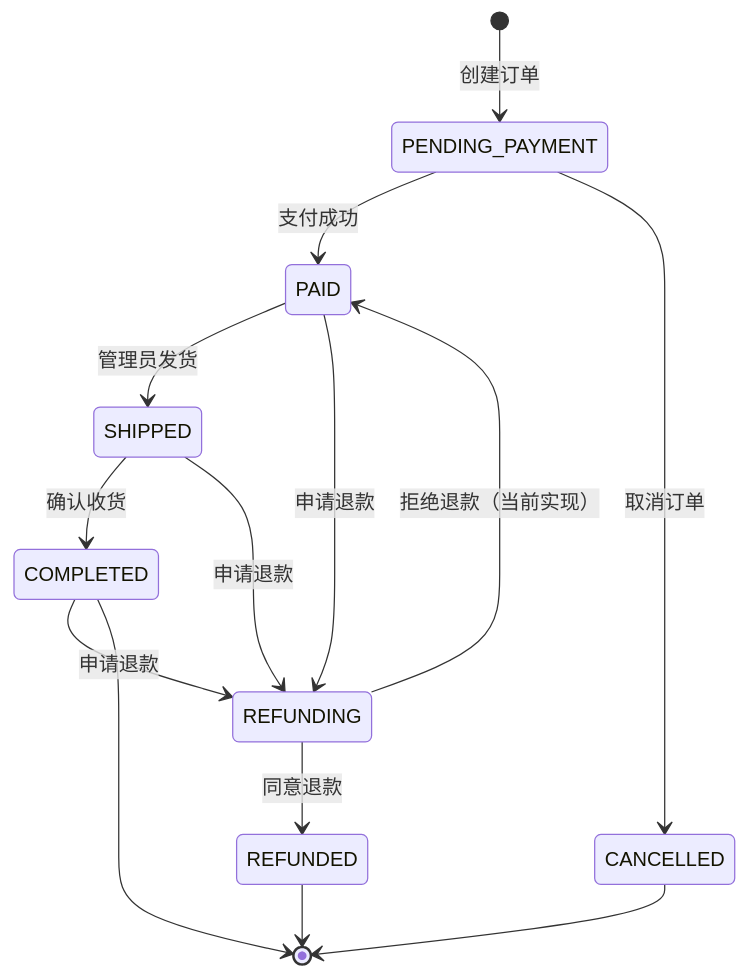
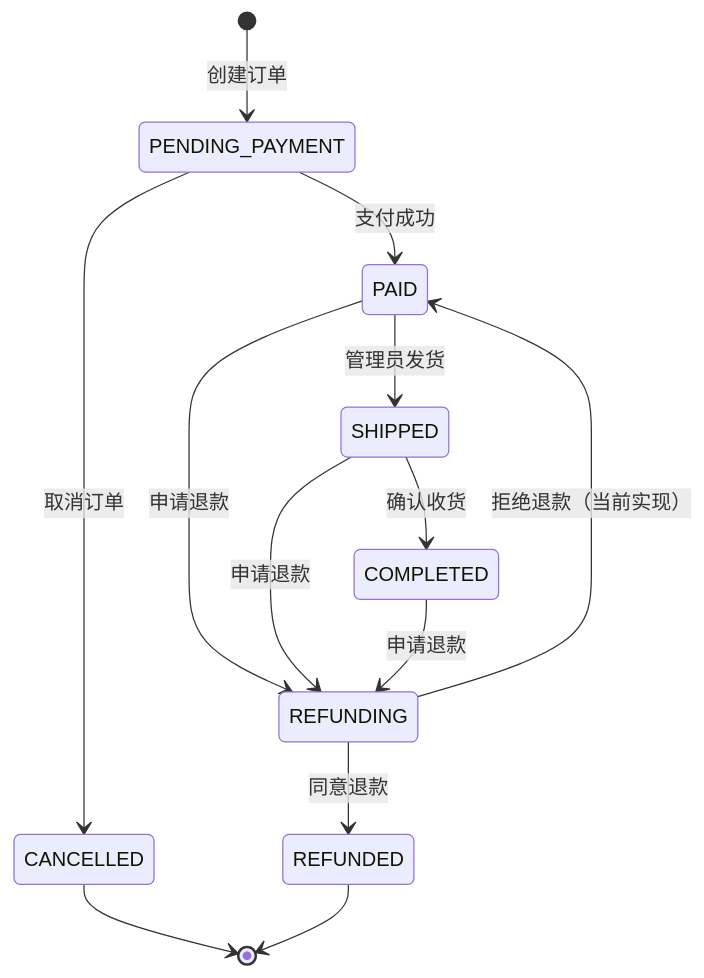
One commit to Viver12138/TestJury changed the diagram in kb_content/minishop/workflows/order/STATE-ORDER-001.md. Above: the diagram before and after it, drawn with Mermaid. The commit also changed other lines of this file and 306 other files, not shown here.

````diff
--- a/kb_content/minishop/workflows/order/STATE-ORDER-001.md
+++ b/kb_content/minishop/workflows/order/STATE-ORDER-001.md
@@ -74,16 +76,15 @@
 ```mermaid
 stateDiagram-v2
     [*] --> PENDING_PAYMENT: 创建订单
     PENDING_PAYMENT --> PAID: 支付成功
     PENDING_PAYMENT --> CANCELLED: 取消订单
     PAID --> SHIPPED: 管理员发货
     SHIPPED --> COMPLETED: 确认收货
     PAID --> REFUNDING: 申请退款
     SHIPPED --> REFUNDING: 申请退款
     COMPLETED --> REFUNDING: 申请退款
     REFUNDING --> REFUNDED: 同意退款
     REFUNDING --> PAID: 拒绝退款（当前实现）
     CANCELLED --> [*]
-    COMPLETED --> [*]
     REFUNDED --> [*]
 ```
````
